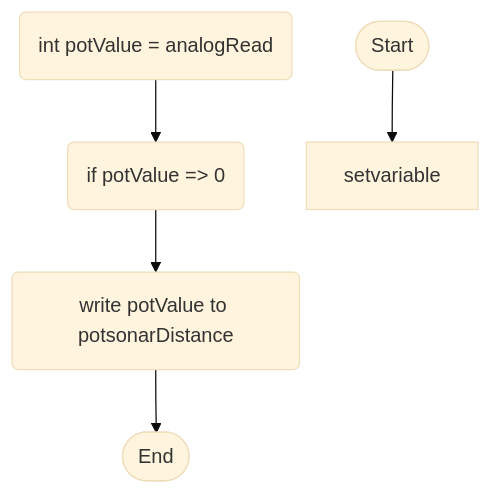
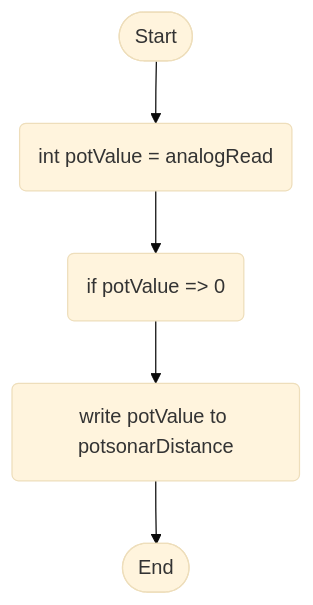
Before and after one commit to 4060269/SmartWorkstationAssessment3: the diagram in Flowcharts/potentiometerLogic.md, drawn with Mermaid (base theme).

````diff
--- a/Flowcharts/potentiometerLogic.md
+++ b/Flowcharts/potentiometerLogic.md
@@ -3,13 +3,13 @@
 ```mermaid
 flowchart TD
 terminalStart([Start])
 terminalEnd([End])
 setVariable(int potValue = analogRead)
 activatePotentiometer0(if potValue => 0)
 activatePotentiometer1(write potValue to potsonarDistance)
 
-terminalStart --> setvariable
+terminalStart --> setVariable
 setVariable --> activatePotentiometer0
 activatePotentiometer0 --> activatePotentiometer1
 activatePotentiometer1 --> terminalEnd
 ```
````
